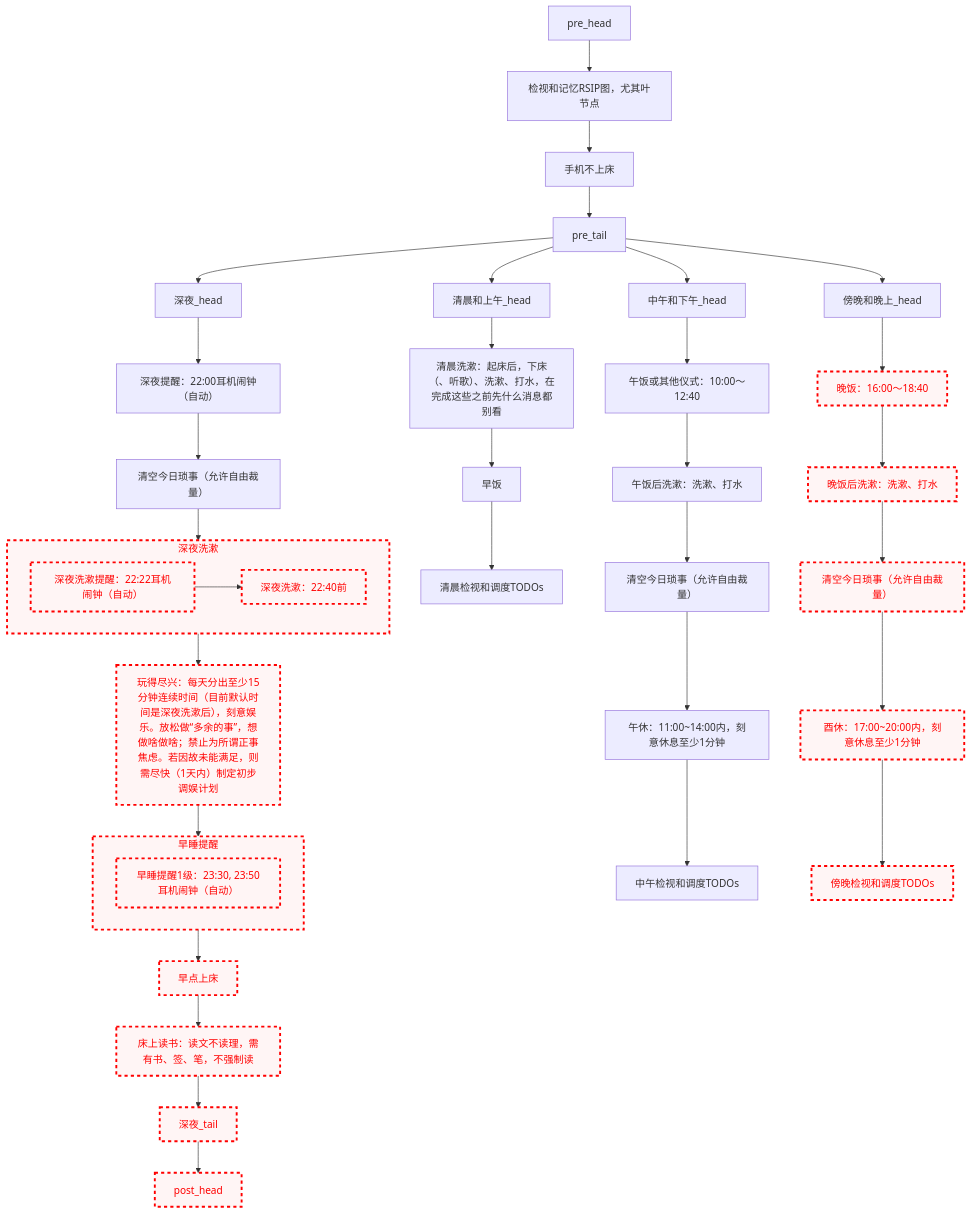
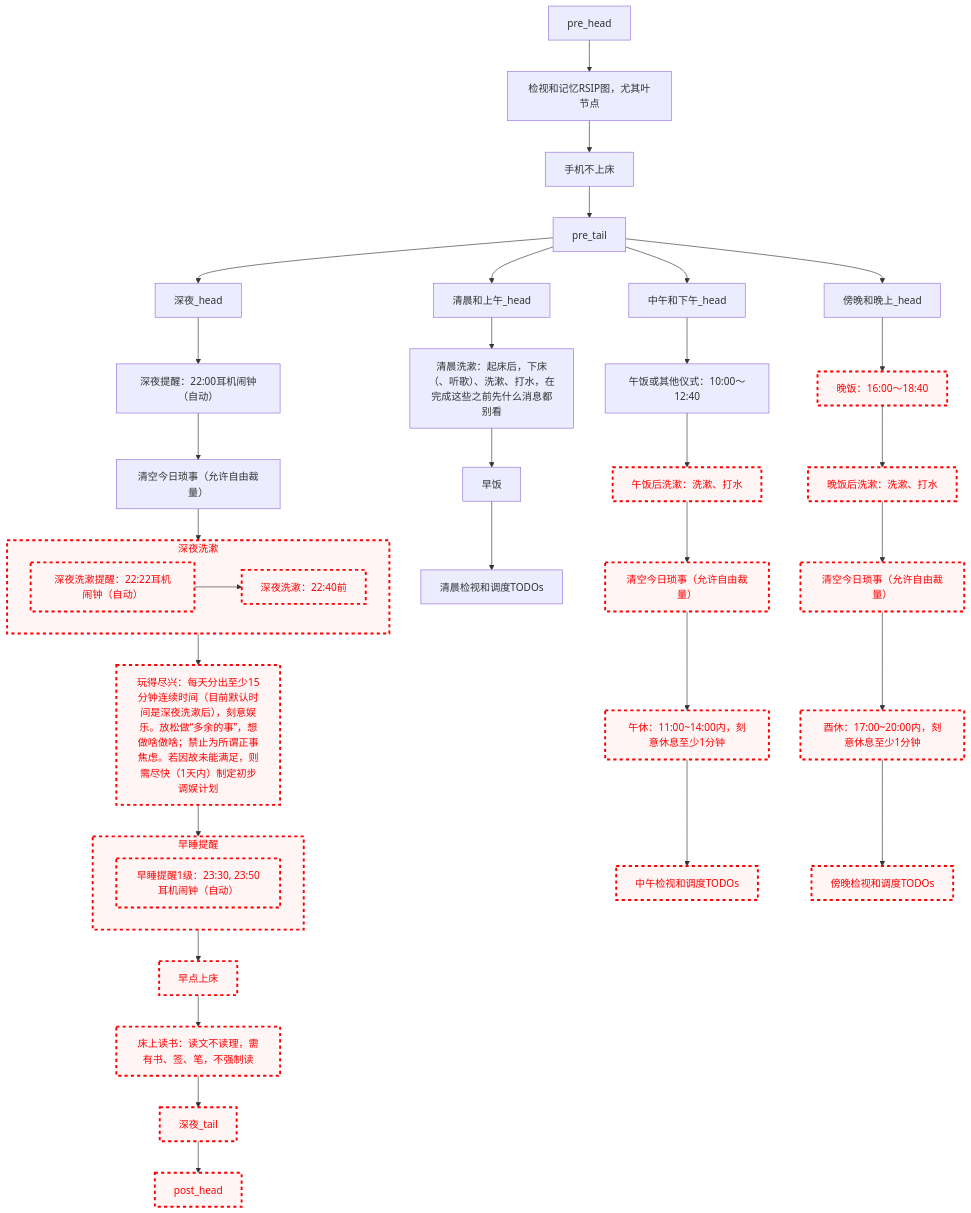
One commit to Ethkuil/RSIP-tree changed the diagram in README.md. Above: the diagram before and after it, drawn with Mermaid.

Commit message:
disable 午饭后洗漱

````diff
--- a/README.md
+++ b/README.md
@@ -21,69 +21,73 @@
 ```mermaid
 graph TD
 
 classDef failed stroke:#ff0000, stroke-width:3px, color:#ff0000, fill:#fff5f5, stroke-dasharray: 5
 
 pre_head --> RSIP[检视和记忆RSIP图，尤其叶节点]
 RSIP --> 手机不上床
 手机不上床 --> pre_tail
 
 
 pre_tail --> 清晨和上午_head
 清晨和上午_head --> 清晨洗漱
 清晨洗漱[清晨洗漱：起床后，下床（、听歌）、洗漱、打水，在完成这些之前先什么消息都别看]
 清晨洗漱 --> 早饭
 早饭 --> 清晨看TODO[清晨检视和调度TODOs]
 
 
 pre_tail --> 中午和下午_head
 中午和下午_head --> 午饭[午饭或其他仪式：10:00～12:40]
 午饭 --> 午饭后洗漱[午饭后洗漱：洗漱、打水]
+class 午饭后洗漱 failed
 午饭后洗漱 --> 中午今日琐事[清空今日琐事（允许自由裁量）]
+class 中午今日琐事 failed
 中午今日琐事 --> 午休[午休：11:00~14:00内，刻意休息至少1分钟]
+class 午休 failed
 午休 --> 中午看TODO[中午检视和调度TODOs]
+class 中午看TODO failed
 
 
 pre_tail --> 傍晚和晚上_head
 傍晚和晚上_head --> 晚饭[晚饭：16:00～18:40]
 class 晚饭 failed
 晚饭 --> 晚饭后洗漱[晚饭后洗漱：洗漱、打水]
 class 晚饭后洗漱 failed
 晚饭后洗漱 --> 傍晚今日琐事[清空今日琐事（允许自由裁量）]
 class 傍晚今日琐事 failed
 傍晚今日琐事 --> 酉休[酉休：17:00~20:00内，刻意休息至少1分钟]
 class 酉休 failed
 酉休 --> 傍晚看TODO[傍晚检视和调度TODOs]
 class 傍晚看TODO failed
 
 
 pre_tail --> 深夜_head
 深夜_head --> 深夜提醒[深夜提醒：22:00耳机闹钟（自动）]
 深夜提醒 --> 深夜今日琐事[清空今日琐事（允许自由裁量）]
 深夜今日琐事 --> 深夜洗漱
 subgraph 深夜洗漱
   深夜洗漱提醒[深夜洗漱提醒：22:22耳机闹钟（自动）]
   class 深夜洗漱提醒 failed
   深夜洗漱提醒 --> 深夜洗漱执行[深夜洗漱：22:40前]
   class 深夜洗漱执行 failed
 end
 class 深夜洗漱 failed
 深夜洗漱 --> 玩得尽兴[玩得尽兴：每天分出至少15分钟连续时间（目前默认时间是深夜洗漱后），刻意娱乐。放松做“多余的事”，想做啥做啥；禁止为所谓正事焦虑。若因故未能满足，则需尽快（1天内）制定初步调娱计划]
 class 玩得尽兴 failed
 
 玩得尽兴 --> 早睡提醒
 subgraph 早睡提醒
   早睡提醒1级[早睡提醒1级：23:30, 23:50耳机闹钟（自动）]
   class 早睡提醒1级 failed
 end
 class 早睡提醒 failed
 早睡提醒 --> 早点上床
 class 早点上床 failed
 早点上床 --> 床上读书[床上读书：读文不读理，需有书、签、笔，不强制读]
 class 床上读书 failed
 床上读书 --> 深夜_tail
 class 深夜_tail failed
 
 
 深夜_tail --> post_head
 class post_head failed
 ```
````
